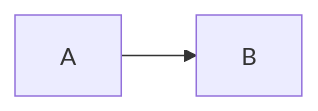
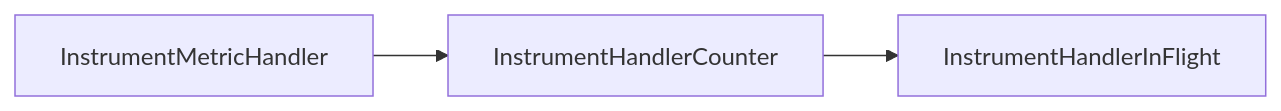
The fourth of 5 diagrams in content/post/promClient系列_注册指标/index.md (sq325/kikyo-blog), drawn with Mermaid before and after one commit. The commit also changed other lines of this file and 19 other files, not shown here.

````diff
--- a/content/post/promClient系列_注册指标/index.md
+++ b/content/post/promClient系列_注册指标/index.md
@@ -255,4 +329,5 @@
 ```mermaid
 graph LR
- A --> B
+	A[InstrumentMetricHandler] --> B[InstrumentHandlerCounter]
+	B --> C[InstrumentHandlerInFlight]
 ```
````
